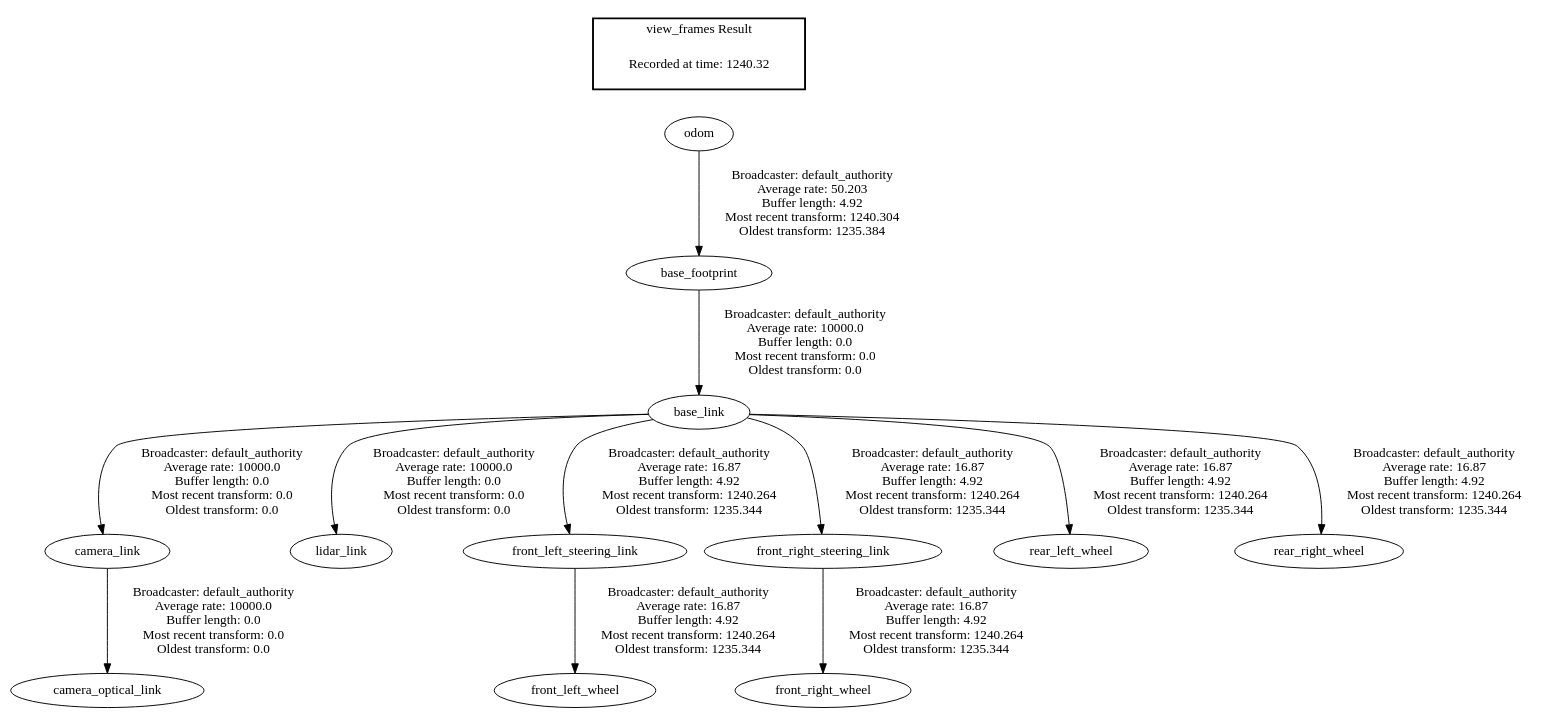
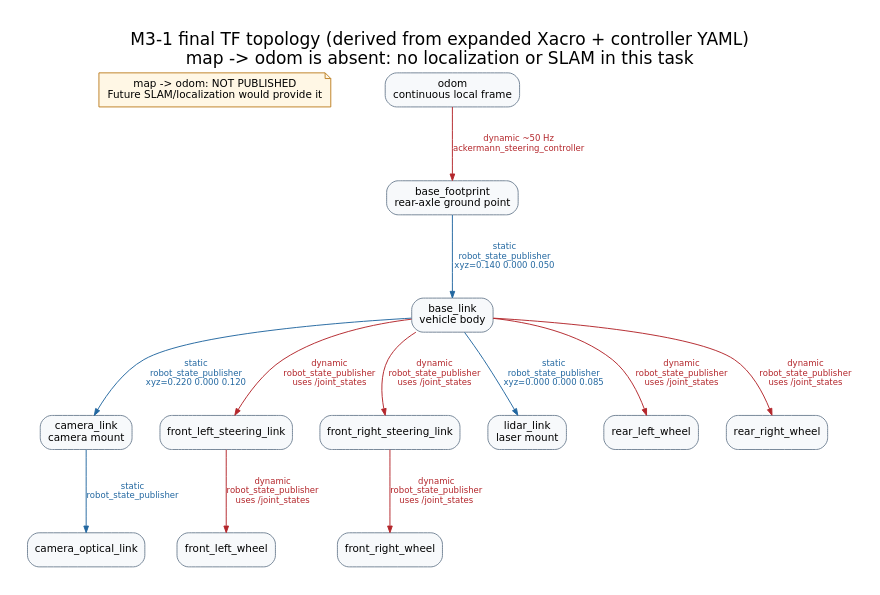
One commit to enes-murphy/22SmartCar changed the diagram in M3/M3-1/results/tf_tree.gv. Above: the diagram before and after it, drawn with Graphviz. The commit also changed 15 other files, not shown here.

```diff
--- a/M3/M3-1/results/tf_tree.gv
+++ b/M3/M3-1/results/tf_tree.gv
@@ -1,17 +1,35 @@
-digraph G {
-"base_footprint" -> "base_link"[label=" Broadcaster: default_authority\nAverage rate: 10000.0\nBuffer length: 0.0\nMost recent transform: 0.0\nOldest transform: 0.0\n"];
-"odom" -> "base_footprint"[label=" Broadcaster: default_authority\nAverage rate: 50.203\nBuffer length: 4.92\nMost recent transform: 1240.304\nOldest transform: 1235.384\n"];
-"base_link" -> "camera_link"[label=" Broadcaster: default_authority\nAverage rate: 10000.0\nBuffer length: 0.0\nMost recent transform: 0.0\nOldest transform: 0.0\n"];
-"camera_link" -> "camera_optical_link"[label=" Broadcaster: default_authority\nAverage rate: 10000.0\nBuffer length: 0.0\nMost recent transform: 0.0\nOldest transform: 0.0\n"];
-"base_link" -> "lidar_link"[label=" Broadcaster: default_authority\nAverage rate: 10000.0\nBuffer length: 0.0\nMost recent transform: 0.0\nOldest transform: 0.0\n"];
-"base_link" -> "front_left_steering_link"[label=" Broadcaster: default_authority\nAverage rate: 16.87\nBuffer length: 4.92\nMost recent transform: 1240.264\nOldest transform: 1235.344\n"];
-"front_left_steering_link" -> "front_left_wheel"[label=" Broadcaster: default_authority\nAverage rate: 16.87\nBuffer length: 4.92\nMost recent transform: 1240.264\nOldest transform: 1235.344\n"];
-"base_link" -> "front_right_steering_link"[label=" Broadcaster: default_authority\nAverage rate: 16.87\nBuffer length: 4.92\nMost recent transform: 1240.264\nOldest transform: 1235.344\n"];
-"front_right_steering_link" -> "front_right_wheel"[label=" Broadcaster: default_authority\nAverage rate: 16.87\nBuffer length: 4.92\nMost recent transform: 1240.264\nOldest transform: 1235.344\n"];
-"base_link" -> "rear_left_wheel"[label=" Broadcaster: default_authority\nAverage rate: 16.87\nBuffer length: 4.92\nMost recent transform: 1240.264\nOldest transform: 1235.344\n"];
-"base_link" -> "rear_right_wheel"[label=" Broadcaster: default_authority\nAverage rate: 16.87\nBuffer length: 4.92\nMost recent transform: 1240.264\nOldest transform: 1235.344\n"];
-edge [style=invis];
- subgraph cluster_legend { style=bold; color=black; label ="view_frames Result";
-"Recorded at time: 1240.32"[ shape=plaintext ] ;
-}->"odom";
+digraph M3_1_final_TF {
+  graph [rankdir=TB, bgcolor="white", fontname="DejaVu Sans",
+         label="M3-1 final TF topology (derived from expanded Xacro + controller YAML)\nmap -> odom is absent: no localization or SLAM in this task",
+         labelloc=t, fontsize=18, pad=0.3, nodesep=0.4, ranksep=0.8];
+  node [shape=box, style="rounded,filled", fillcolor="#f7f9fb",
+        color="#738496", fontname="DejaVu Sans", fontsize=11];
+  edge [fontname="DejaVu Sans", fontsize=9, arrowsize=0.7];
+  "base_footprint" [label="base_footprint\nrear-axle ground point"];
+  "base_link" [label="base_link\nvehicle body"];
+  "camera_link" [label="camera_link\ncamera mount"];
+  "camera_optical_link" [label="camera_optical_link"];
+  "front_left_steering_link" [label="front_left_steering_link"];
+  "front_left_wheel" [label="front_left_wheel"];
+  "front_right_steering_link" [label="front_right_steering_link"];
+  "front_right_wheel" [label="front_right_wheel"];
+  "lidar_link" [label="lidar_link\nlaser mount"];
+  "odom" [label="odom\ncontinuous local frame"];
+  "rear_left_wheel" [label="rear_left_wheel"];
+  "rear_right_wheel" [label="rear_right_wheel"];
+  "odom" -> "base_footprint" [label="dynamic ~50 Hz\nackermann_steering_controller", color="#b3262b", fontcolor="#b3262b"];
+  "base_footprint" -> "base_link" [label="static\nrobot_state_publisher\nxyz=0.140 0.000 0.050", color="#2267a0", fontcolor="#2267a0"];
+  "base_link" -> "front_left_steering_link" [label="dynamic\nrobot_state_publisher\nuses /joint_states", color="#b3262b", fontcolor="#b3262b"];
+  "front_left_steering_link" -> "front_left_wheel" [label="dynamic\nrobot_state_publisher\nuses /joint_states", color="#b3262b", fontcolor="#b3262b"];
+  "base_link" -> "front_right_steering_link" [label="dynamic\nrobot_state_publisher\nuses /joint_states", color="#b3262b", fontcolor="#b3262b"];
+  "front_right_steering_link" -> "front_right_wheel" [label="dynamic\nrobot_state_publisher\nuses /joint_states", color="#b3262b", fontcolor="#b3262b"];
+  "base_link" -> "rear_left_wheel" [label="dynamic\nrobot_state_publisher\nuses /joint_states", color="#b3262b", fontcolor="#b3262b"];
+  "base_link" -> "rear_right_wheel" [label="dynamic\nrobot_state_publisher\nuses /joint_states", color="#b3262b", fontcolor="#b3262b"];
+  "base_link" -> "lidar_link" [label="static\nrobot_state_publisher\nxyz=0.000 0.000 0.085", color="#2267a0", fontcolor="#2267a0"];
+  "base_link" -> "camera_link" [label="static\nrobot_state_publisher\nxyz=0.220 0.000 0.120", color="#2267a0", fontcolor="#2267a0"];
+  "camera_link" -> "camera_optical_link" [label="static\nrobot_state_publisher", color="#2267a0", fontcolor="#2267a0"];
+  "map_note" [shape=note, fillcolor="#fff7e5", color="#be8124",
+              label="map -> odom: NOT PUBLISHED\nFuture SLAM/localization would provide it"];
+  "map_note" -> "odom" [style=invis];
+  {rank=same; "map_note"; "odom";}
 }
```
